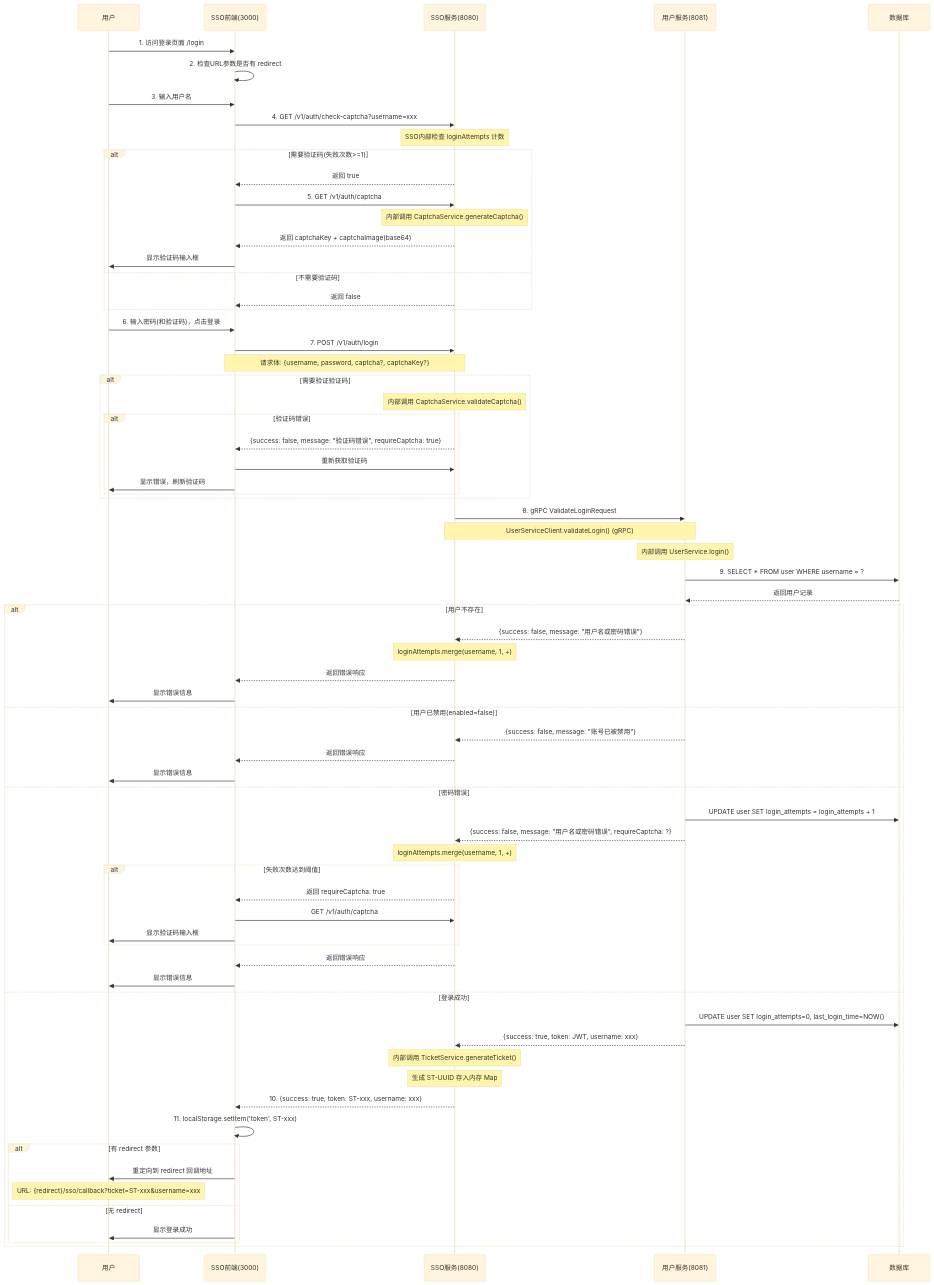
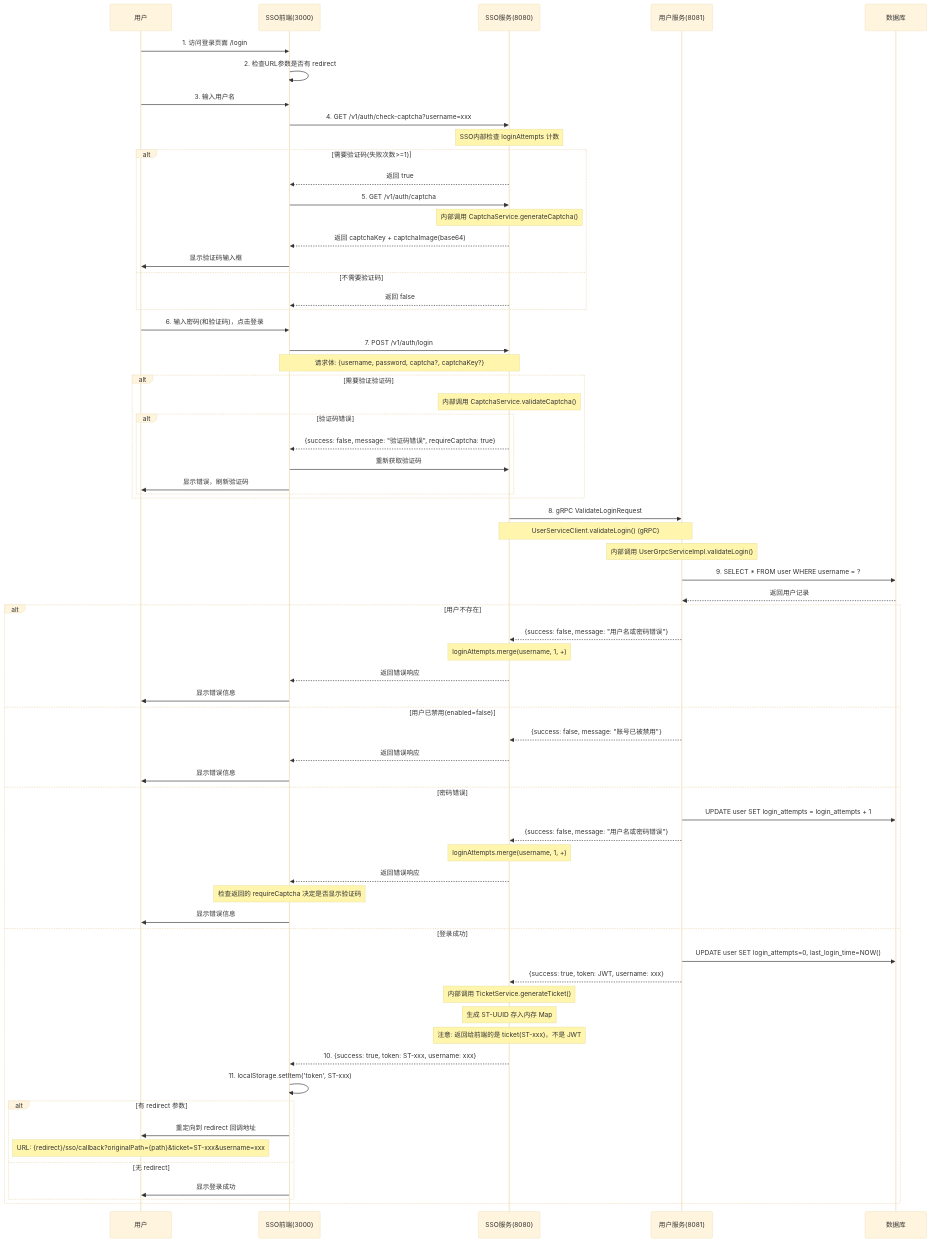
Before and after one commit to wb31105/zqzl-traecn: the first of 11 diagrams in docs/BUSINESS_FLOW.md, drawn with Mermaid (base theme). The commit also changed other lines of this file and 1 other file, not shown here.

```diff
--- a/docs/BUSINESS_FLOW.md
+++ b/docs/BUSINESS_FLOW.md
@@ -44,7 +44,7 @@
     
     SSO_Server->>User_Server: 8. gRPC ValidateLoginRequest
     Note over SSO_Server,User_Server: UserServiceClient.validateLogin() (gRPC)
-    Note over User_Server: 内部调用 UserService.login()
+    Note over User_Server: 内部调用 UserGrpcServiceImpl.validateLogin()
     
     User_Server->>DB: 9. SELECT * FROM user WHERE username = ?
     DB-->>User_Server: 返回用户记录
@@ -60,14 +60,10 @@
         SSO_Web->>User: 显示错误信息
     else 密码错误
         User_Server->>DB: UPDATE user SET login_attempts = login_attempts + 1
-        User_Server-->>SSO_Server: {success: false, message: "用户名或密码错误", requireCaptcha: ?}
+        User_Server-->>SSO_Server: {success: false, message: "用户名或密码错误"}
         Note over SSO_Server: loginAttempts.merge(username, 1, +)
-        alt 失败次数达到阈值
-            SSO_Server-->>SSO_Web: 返回 requireCaptcha: true
-            SSO_Web->>SSO_Server: GET /v1/auth/captcha
-            SSO_Web->>User: 显示验证码输入框
-        end
         SSO_Server-->>SSO_Web: 返回错误响应
+        Note over SSO_Web: 检查返回的 requireCaptcha 决定是否显示验证码
         SSO_Web->>User: 显示错误信息
     else 登录成功
         User_Server->>DB: UPDATE user SET login_attempts=0, last_login_time=NOW()
@@ -75,13 +71,14 @@
         
         Note over SSO_Server: 内部调用 TicketService.generateTicket()
         Note over SSO_Server: 生成 ST-UUID 存入内存 Map
+        Note over SSO_Server: 注意: 返回给前端的是 ticket(ST-xxx)，不是 JWT
         
         SSO_Server-->>SSO_Web: 10. {success: true, token: ST-xxx, username: xxx}
         SSO_Web->>SSO_Web: 11. localStorage.setItem('token', ST-xxx)
         
         alt 有 redirect 参数
             SSO_Web->>User: 重定向到 redirect 回调地址
-            Note over User: URL: {redirect}/sso/callback?ticket=ST-xxx&username=xxx
+            Note over User: URL: {redirect}/sso/callback?originalPath={path}&ticket=ST-xxx&username=xxx
         else 无 redirect
             SSO_Web->>User: 显示登录成功
         end
```
